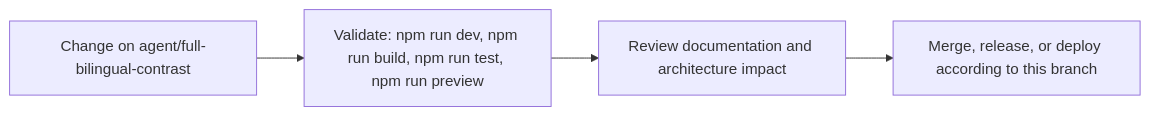
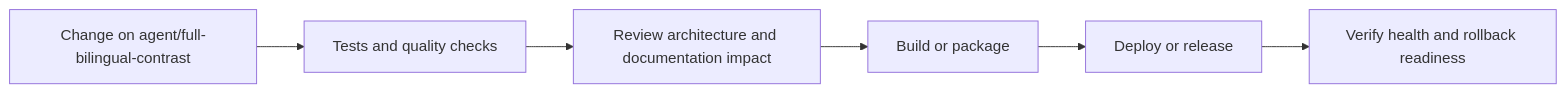
One commit to Nischhalsubba/Napiyo changed the fourth of 5 diagrams in README.md. Above: the diagram before and after it, drawn with Mermaid. The commit also changed other lines of this file, not shown here.

````diff
--- a/README.md
+++ b/README.md
@@ -72,8 +154,8 @@
 ```mermaid
 flowchart LR
-    CHANGE["Change on agent/full-bilingual-contrast"]
-    CHECK["Validate: npm run dev, npm run build, npm run test, npm run preview"]
-    REVIEW["Review documentation and architecture impact"]
-    RELEASE["Merge, release, or deploy according to this branch"]
-    CHANGE --> CHECK --> REVIEW --> RELEASE
+    CHANGE["Change on agent/full-bilingual-contrast"] --> CHECK["Tests and quality checks"]
+    CHECK --> REVIEW["Review architecture and documentation impact"]
+    REVIEW --> BUILD["Build or package"]
+    BUILD --> DEPLOY["Deploy or release"]
+    DEPLOY --> VERIFY["Verify health and rollback readiness"]
 ```
````
